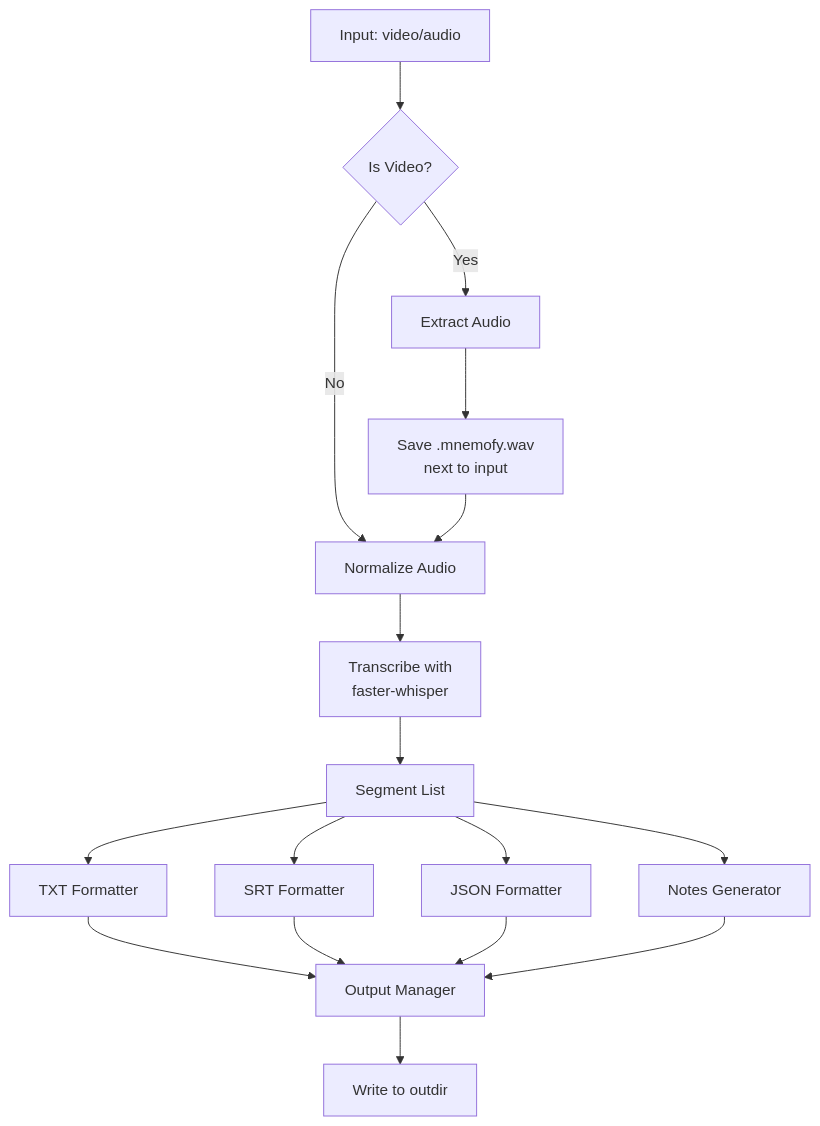
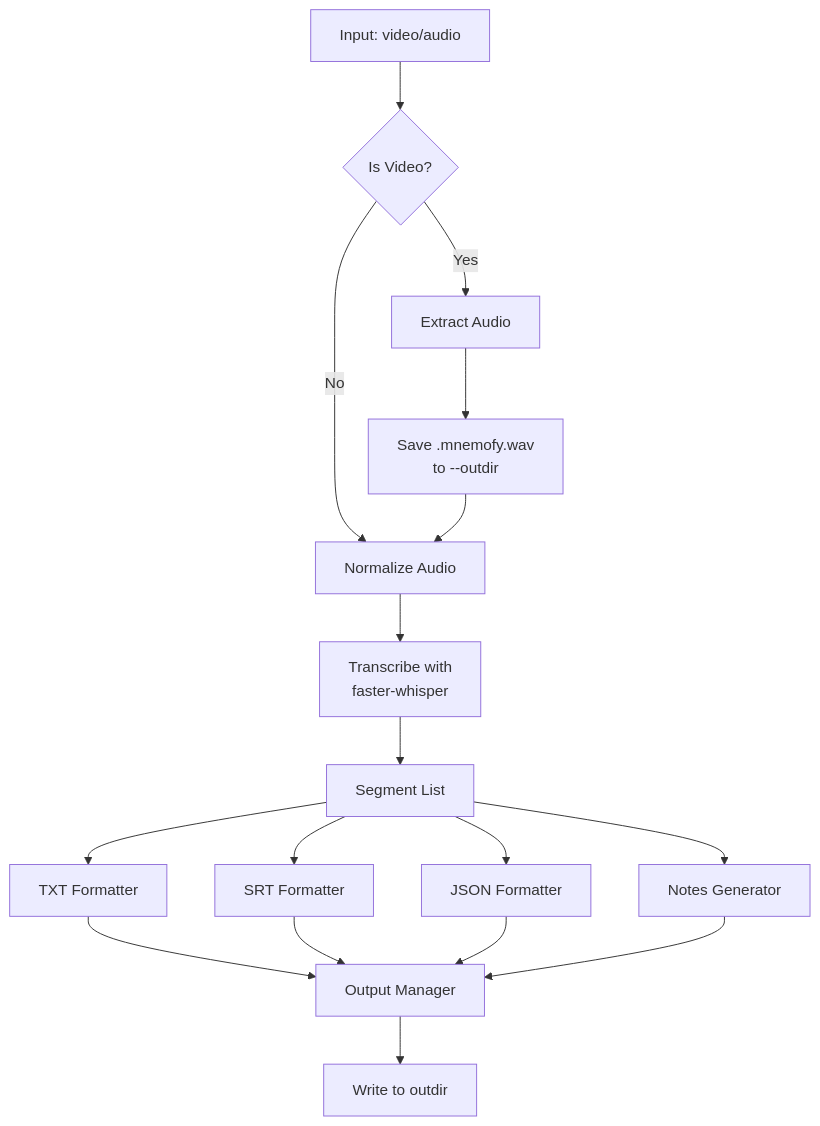
Before and after one commit to tiroq/mnemofy: the diagram in .specify/specs/002-enhanced-output-formats/plan.md, drawn with Mermaid. The commit also changed other lines of this file and 4 other files, not shown here.

````diff
--- a/.specify/specs/002-enhanced-output-formats/plan.md
+++ b/.specify/specs/002-enhanced-output-formats/plan.md
@@ -44,19 +70,19 @@
 ```mermaid
 graph TD
     A[Input: video/audio] --> B{Is Video?}
     B -->|Yes| C[Extract Audio]
     B -->|No| E[Normalize Audio]
-    C --> D[Save .mnemofy.wav<br/>next to input]
+    C --> D[Save .mnemofy.wav<br/>to --outdir]
     D --> E
     E --> F[Transcribe with<br/>faster-whisper]
     F --> G[Segment List]
     G --> H[TXT Formatter]
     G --> I[SRT Formatter]
     G --> J[JSON Formatter]
     G --> K[Notes Generator]
     H --> L[Output Manager]
     I --> L
     J --> L
     K --> L
     L --> M[Write to outdir]
 ```
````
